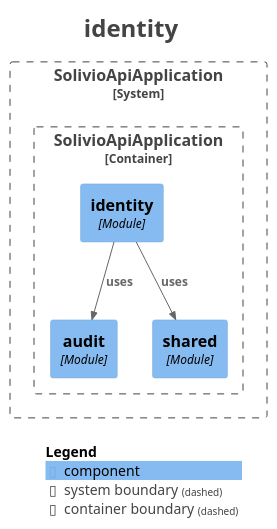
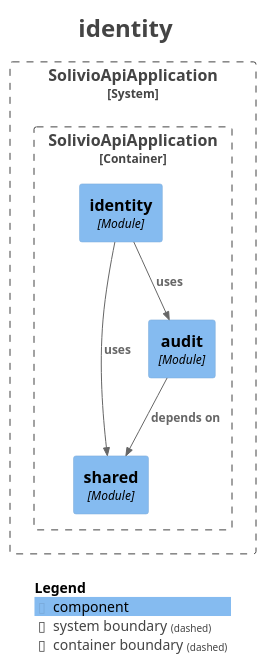
The diagram in docs/modules/module-identity.puml (Joello61/solivio), drawn with PlantUML before and after one commit. The commit also changed 40 other files, not shown here.

```diff
--- a/docs/modules/module-identity.puml
+++ b/docs/modules/module-identity.puml
@@ -1,32 +1,33 @@
 @startuml
 title <size:24>identity</size>
 
 set separator none
 top to bottom direction
 
 <style>
   root {
     BackgroundColor: #ffffff
     FontColor: #444444
   }
 </style>
 
 !include <C4/C4>
 !include <C4/C4_Context>
 !include <C4/C4_Component>
 
 System_Boundary("SolivioApiApplication_boundary", "SolivioApiApplication", $tags="") {
   Container_Boundary("SolivioApiApplication.SolivioApiApplication_boundary", "SolivioApiApplication", $tags="") {
+    Component(SolivioApiApplication.SolivioApiApplication.shared, "shared", $techn="Module", $descr="", $tags="", $link="")
     Component(SolivioApiApplication.SolivioApiApplication.audit, "audit", $techn="Module", $descr="", $tags="", $link="")
-    Component(SolivioApiApplication.SolivioApiApplication.shared, "shared", $techn="Module", $descr="", $tags="", $link="")
     Component(SolivioApiApplication.SolivioApiApplication.identity, "identity", $techn="Module", $descr="", $tags="", $link="")
   }
 
 }
 
+Rel(SolivioApiApplication.SolivioApiApplication.audit, SolivioApiApplication.SolivioApiApplication.shared, "depends on", $techn="", $tags="", $link="")
+Rel(SolivioApiApplication.SolivioApiApplication.identity, SolivioApiApplication.SolivioApiApplication.audit, "uses", $techn="", $tags="", $link="")
 Rel(SolivioApiApplication.SolivioApiApplication.identity, SolivioApiApplication.SolivioApiApplication.shared, "uses", $techn="", $tags="", $link="")
-Rel(SolivioApiApplication.SolivioApiApplication.identity, SolivioApiApplication.SolivioApiApplication.audit, "uses", $techn="", $tags="", $link="")
 
 SHOW_LEGEND(true)
 hide stereotypes
 @enduml
```
